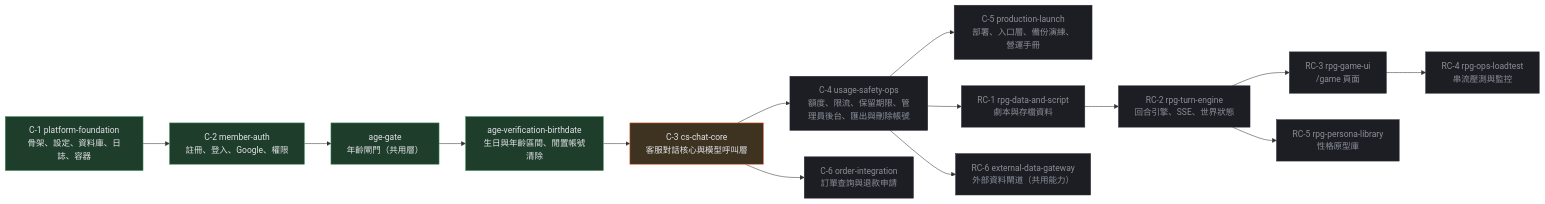
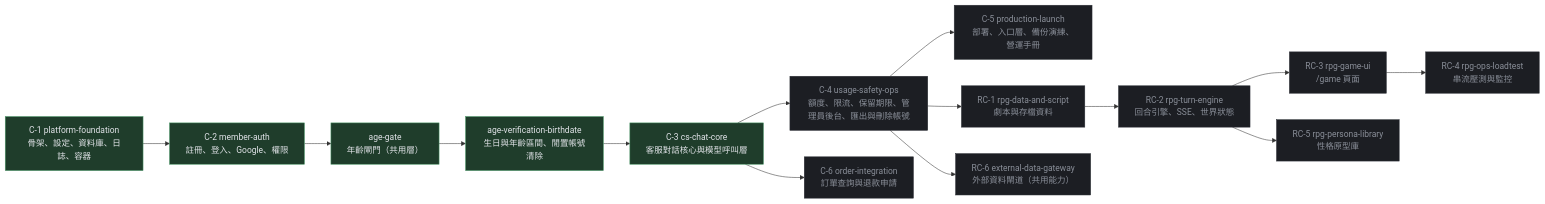
Before and after one commit to pp466pp466/R.A.C: the diagram in docs/路線圖-roadmap.md, drawn with Mermaid. The commit also changed other lines of this file and 27 other files, not shown here.

First line of the commit message:
封存 cs-chat-core：同步主規格、更新設計文件，並記錄撤回長度目標後的第三次真實 Gemini 驗收

````diff
--- a/docs/路線圖-roadmap.md
+++ b/docs/路線圖-roadmap.md
@@ -9,28 +9,27 @@
 ```mermaid
 flowchart LR
     C1["C-1 platform-foundation<br/>骨架、設定、資料庫、日誌、容器"]:::done
     C2["C-2 member-auth<br/>註冊、登入、Google、權限"]:::done
     AG["age-gate<br/>年齡閘門（共用層）"]:::done
     AB["age-verification-birthdate<br/>生日與年齡區間、閒置帳號清除"]:::done
-    C3["C-3 cs-chat-core<br/>客服對話核心與模型呼叫層"]:::impl
+    C3["C-3 cs-chat-core<br/>客服對話核心與模型呼叫層"]:::done
     C4["C-4 usage-safety-ops<br/>額度、限流、保留期限、管理員後台、匯出與刪除帳號"]:::plan
     C5["C-5 production-launch<br/>部署、入口層、備份演練、營運手冊"]:::plan
     C6["C-6 order-integration<br/>訂單查詢與退款申請"]:::plan
     RC1["RC-1 rpg-data-and-script<br/>劇本與存檔資料"]:::plan
     RC2["RC-2 rpg-turn-engine<br/>回合引擎、SSE、世界狀態"]:::plan
     RC3["RC-3 rpg-game-ui<br/>/game 頁面"]:::plan
     RC4["RC-4 rpg-ops-loadtest<br/>串流壓測與監控"]:::plan
     RC5["RC-5 rpg-persona-library<br/>性格原型庫"]:::plan
     RC6["RC-6 external-data-gateway<br/>外部資料閘道（共用能力）"]:::plan
 
     C1 --> C2 --> AG --> AB --> C3
     C3 --> C4 --> C5
     C3 --> C6
     C4 --> RC1 --> RC2 --> RC3 --> RC4
     RC2 --> RC5
     C4 --> RC6
 
     classDef done fill:#1f3d2b,stroke:#4c9a6a,color:#e2e4e9
-    classDef impl fill:#3d3320,stroke:#ff6b35,color:#e2e4e9
     classDef plan fill:#1c1e23,stroke:#2a2d34,color:#8a8f99
 ```
````
